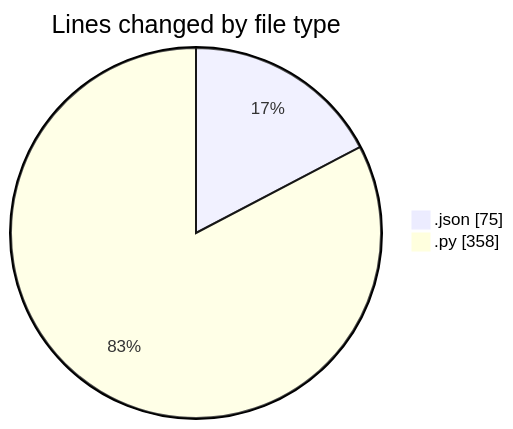
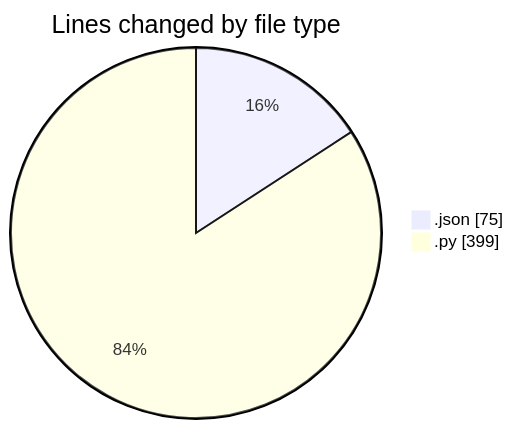
Before and after one commit to MatusMokan/code-tracking: the first of 2 diagrams in 2025-10-08/untitled__workspace_/README.md, drawn with Mermaid. The commit also changed other lines of this file and 1 other file, not shown here.

````diff
--- a/2025-10-08/untitled__workspace_/README.md
+++ b/2025-10-08/untitled__workspace_/README.md
@@ -23,6 +23,6 @@
 ```mermaid
 pie showData
 title Lines changed by file type
 ".json" : 75
-".py" : 358
+".py" : 399
 ```
````
